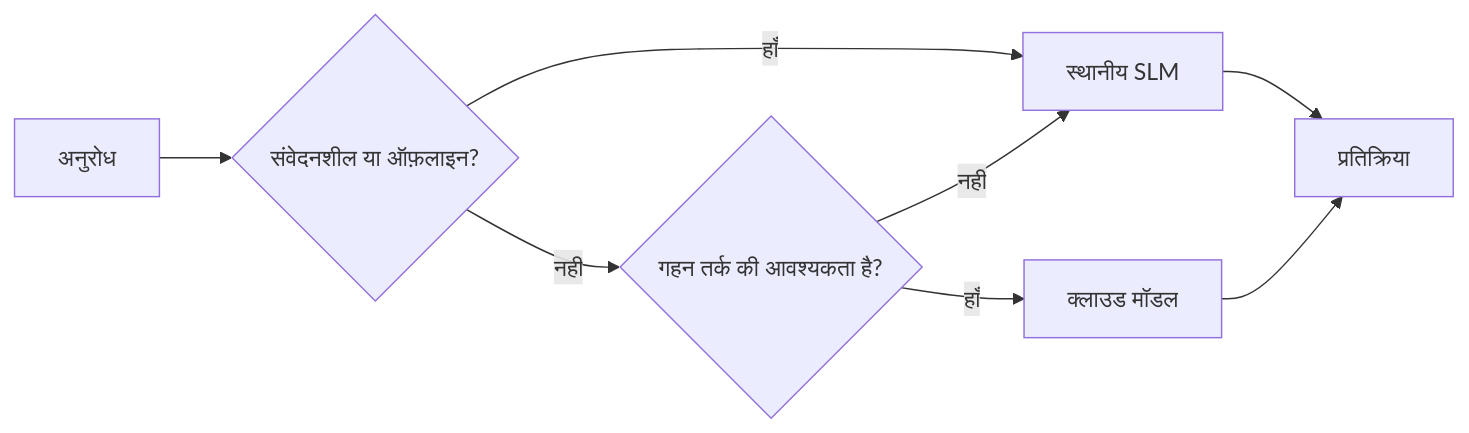
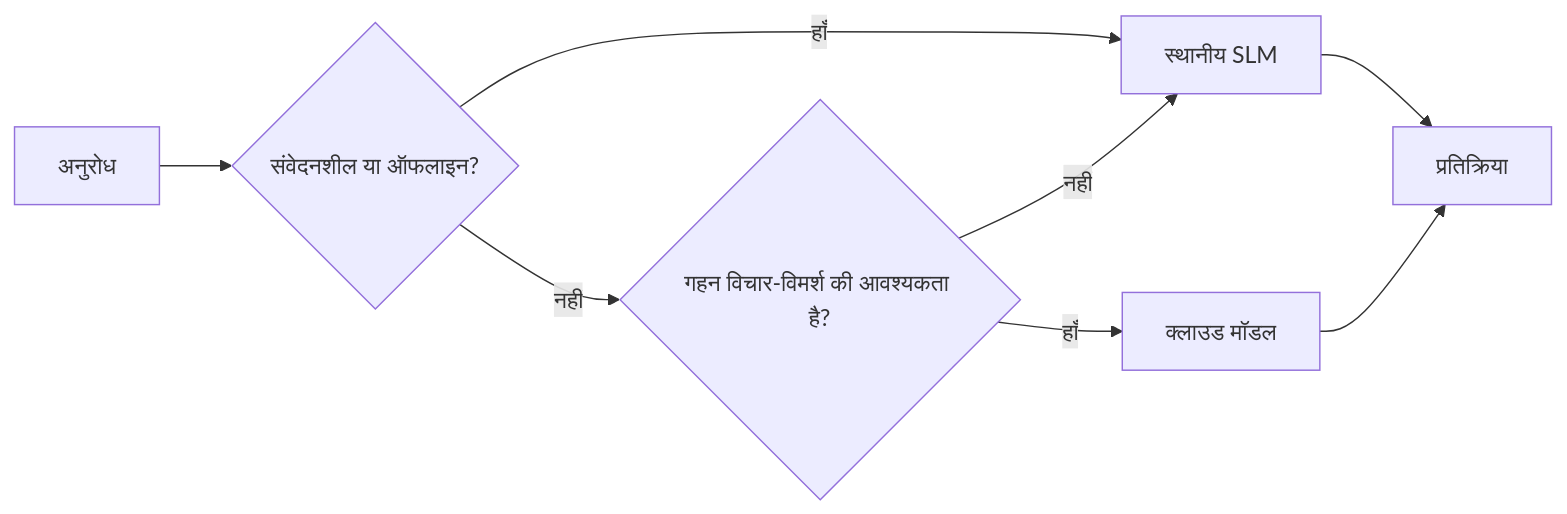
Before and after one commit to gabrielmoreira/agent-skills-mirror: the fourth of 4 diagrams in mirrors/repos/microsoft@ai-agents-for-beginners/translations/hi/17-creating-local-ai-agents/README.md, drawn with Mermaid. The commit also changed other lines of this file and 4262 other files, not shown here.

````diff
--- a/mirrors/repos/microsoft@ai-agents-for-beginners/translations/hi/17-creating-local-ai-agents/README.md
+++ b/mirrors/repos/microsoft@ai-agents-for-beginners/translations/hi/17-creating-local-ai-agents/README.md
@@ -156,10 +156,10 @@
 ```mermaid
 flowchart LR
-    Q[अनुरोध] --> S{संवेदनशील या ऑफ़लाइन?}
+    Q[अनुरोध] --> S{संवेदनशील या ऑफलाइन?}
     S -->|हाँ| L[स्थानीय SLM]
-    S -->|नहीं| C{गहन तर्क की आवश्यकता है?}
+    S -->|नहीं| C{गहन विचार-विमर्श की आवश्यकता है?}
     C -->|नहीं| L
     C -->|हाँ| Cloud[क्लाउड मॉडल]
     L --> Out[प्रतिक्रिया]
     Cloud --> Out
 ```
````
